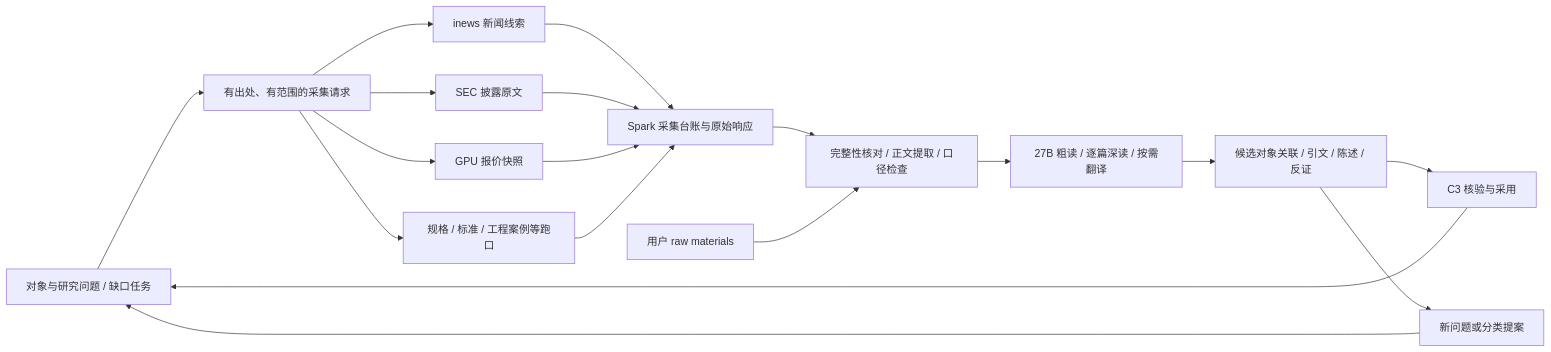
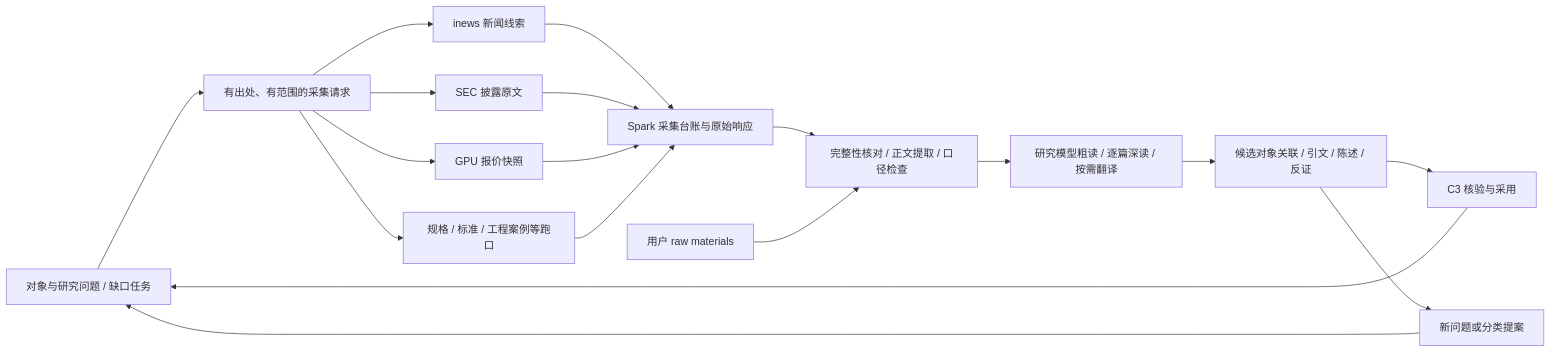
One commit to niuroumiantt/InResearch.ai changed the diagram in framework/06_acquisition.md. Above: the diagram before and after it, drawn with Mermaid. The commit also changed other lines of this file and 32 other files, not shown here.

````diff
--- a/framework/06_acquisition.md
+++ b/framework/06_acquisition.md
@@ -9,20 +9,20 @@
 ```mermaid
 flowchart LR
  Q[对象与研究问题 / 缺口任务] --> R[有出处、有范围的采集请求]
  R --> N[inews 新闻线索]
  R --> S[SEC 披露原文]
  R --> G[GPU 报价快照]
  R --> T[规格 / 标准 / 工程案例等跑口]
  N --> A[Spark 采集台账与原始响应]
  S --> A
  G --> A
  T --> A
  A --> E[完整性核对 / 正文提取 / 口径检查]
  U[用户 raw materials] --> E
- E --> M[27B 粗读 / 逐篇深读 / 按需翻译]
+ E --> M[研究模型粗读 / 逐篇深读 / 按需翻译]
  M --> C[候选对象关联 / 引文 / 陈述 / 反证]
  C --> H[C3 核验与采用]
  H --> Q
  C --> P[新问题或分类提案]
  P --> Q
 ```
````
